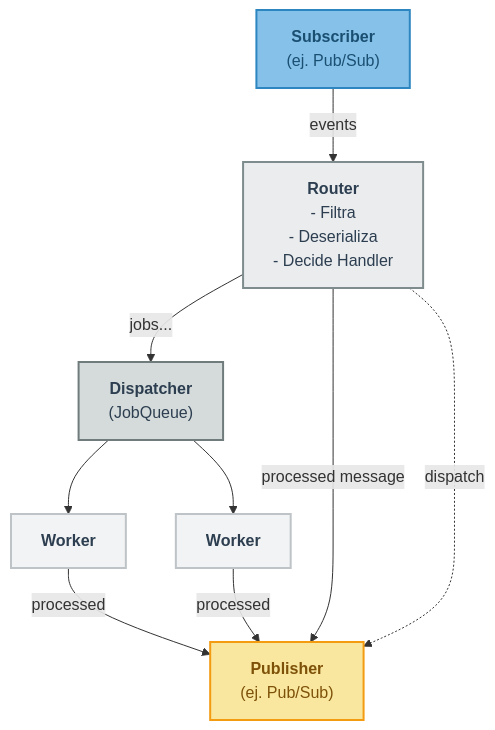
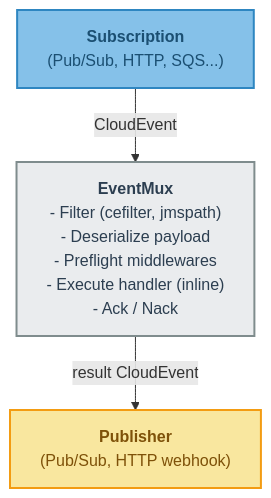
Before and after one commit to norlis/event-driven: the first of 3 diagrams in README.md, drawn with Mermaid. The commit also changed other lines of this file and 5 other files, not shown here.

````diff
--- a/README.md
+++ b/README.md
@@ -60,28 +92,13 @@
 ```mermaid
 flowchart TD
-    %% Definición de Estilos para Nodos
-    classDef subscriber fill:#85C1E9,stroke:#2E86C1,stroke-width:2px,color:#1B4F72;
-    classDef router fill:#EAECEE,stroke:#7F8C8D,stroke-width:2px,color:#2C3E50;
-    classDef dispatcher fill:#D5DBDB,stroke:#707B7C,stroke-width:2px,color:#2C3E50;
-    classDef worker fill:#F2F3F4,stroke:#BDC3C7,stroke-width:2px,color:#2C3E50;
-    classDef publisher fill:#F9E79F,stroke:#F39C12,stroke-width:2px,color:#7E5109;
+    classDef subscriber fill:#85C1E9,stroke:#2E86C1,stroke-width:2px,color:#1B4F72
+    classDef mux fill:#EAECEE,stroke:#7F8C8D,stroke-width:2px,color:#2C3E50
+    classDef publisher fill:#F9E79F,stroke:#F39C12,stroke-width:2px,color:#7E5109
 
-    A["<b>Subscriber</b><br/>(ej. Pub/Sub)"]:::subscriber;
-    B["<b>Router</b><br/>- Filtra<br/>- Deserializa<br/>- Decide Handler"]:::router;
-    C["<b>Dispatcher</b><br/>(JobQueue)"]:::dispatcher;
-    D1["<b>Worker</b>"]:::worker;
-    D2["<b>Worker</b>"]:::worker;
-    E["<b>Publisher</b><br/>(ej. Pub/Sub)"]:::publisher;
+    A["<b>Subscription</b><br/>(Pub/Sub, HTTP, SQS...)"]:::subscriber
+    B["<b>EventMux</b><br/>- Filter (cefilter, jmspath)<br/>- Deserialize payload<br/>- Preflight middlewares<br/>- Execute handler (inline)<br/>- Ack / Nack"]:::mux
+    C["<b>Publisher</b><br/>(Pub/Sub, HTTP webhook)"]:::publisher
 
-    A -- "events" --> B;
-    B -- "jobs..." --> C;
-    C --> D1;
-    C --> D2; 
-    
-    D1 -- "processed" --> E;    
-    D2 -- "processed" --> E;    
-
-    B -- "processed message" --> E;
-    
-    B -. "dispatch" .-> E;
+    A -- "CloudEvent" --> B
+    B -- "result CloudEvent" --> C
 ```
````
